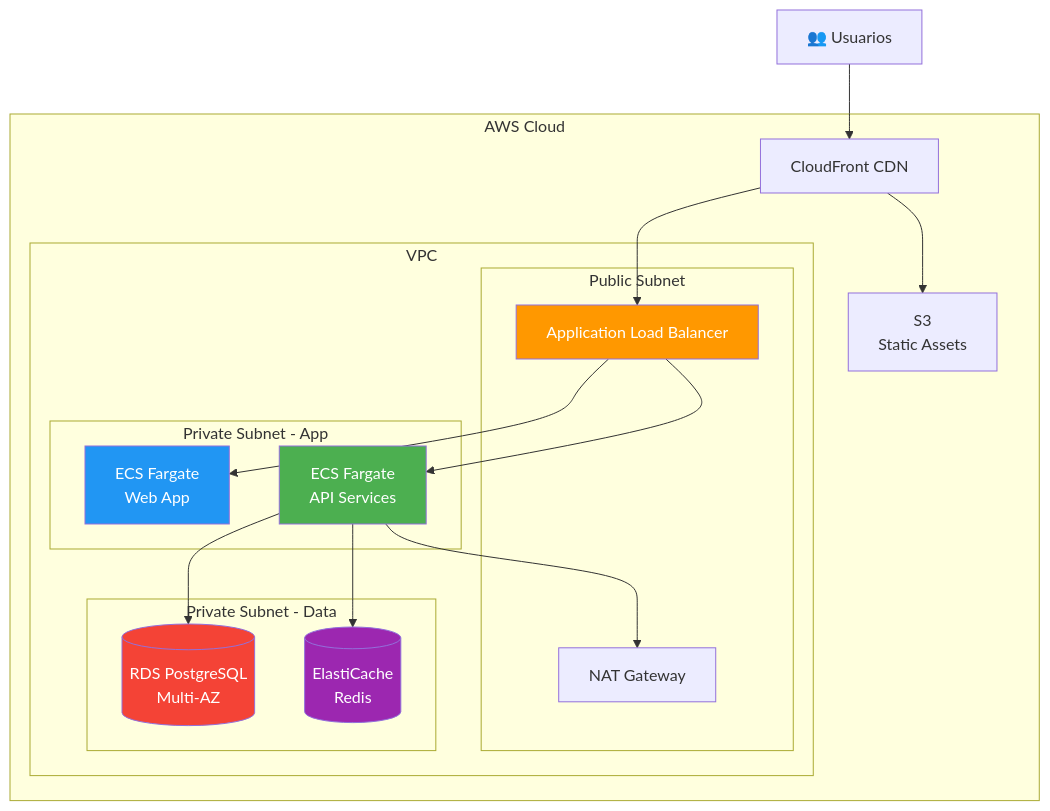
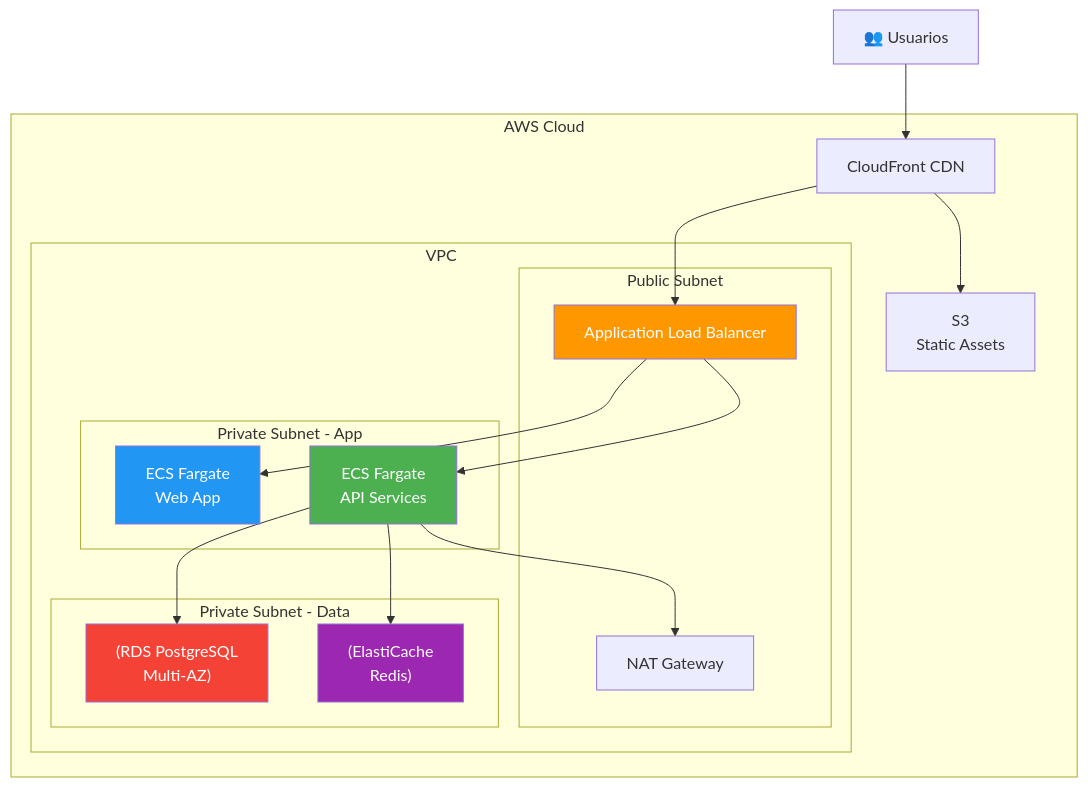
The seventh of 8 diagrams in docs/guia-documentacion/02-niveles-abstraccion.md (santosdevco/all_as_code), drawn with Mermaid before and after one commit. The commit also changed other lines of this file and 11 other files, not shown here.

````diff
--- a/docs/guia-documentacion/02-niveles-abstraccion.md
+++ b/docs/guia-documentacion/02-niveles-abstraccion.md
@@ -406,39 +452,39 @@
 ```mermaid
 graph TB
     subgraph "AWS Cloud"
         subgraph "VPC"
             subgraph "Public Subnet"
-                ALB[Application Load Balancer]
-                NAT[NAT Gateway]
+                ALB["Application Load Balancer"]
+                NAT["NAT Gateway"]
             end
             
             subgraph "Private Subnet - App"
-                ECS1[ECS Fargate<br/>Web App]
-                ECS2[ECS Fargate<br/>API Services]
+                ECS1["ECS Fargate<br/>Web App"]
+                ECS2["ECS Fargate<br/>API Services"]
             end
             
             subgraph "Private Subnet - Data"
-                RDS[(RDS PostgreSQL<br/>Multi-AZ)]
-                ElastiCache[(ElastiCache<br/>Redis)]
+                RDS["(RDS PostgreSQL<br/>Multi-AZ)"]
+                ElastiCache["(ElastiCache<br/>Redis)"]
             end
         end
         
-        S3[S3<br/>Static Assets]
-        CloudFront[CloudFront CDN]
+        S3["S3<br/>Static Assets"]
+        CloudFront["CloudFront CDN"]
     end
     
-    Users[👥 Usuarios] --> CloudFront
+    Users["👥 Usuarios"] --> CloudFront
     CloudFront --> S3
     CloudFront --> ALB
     ALB --> ECS1
     ALB --> ECS2
     ECS2 --> RDS
     ECS2 --> ElastiCache
     ECS2 --> NAT
     
     style ALB fill:#ff9800,color:#fff
     style ECS1 fill:#2196f3,color:#fff
     style ECS2 fill:#4caf50,color:#fff
     style RDS fill:#f44336,color:#fff
     style ElastiCache fill:#9c27b0,color:#fff
 ```
````
